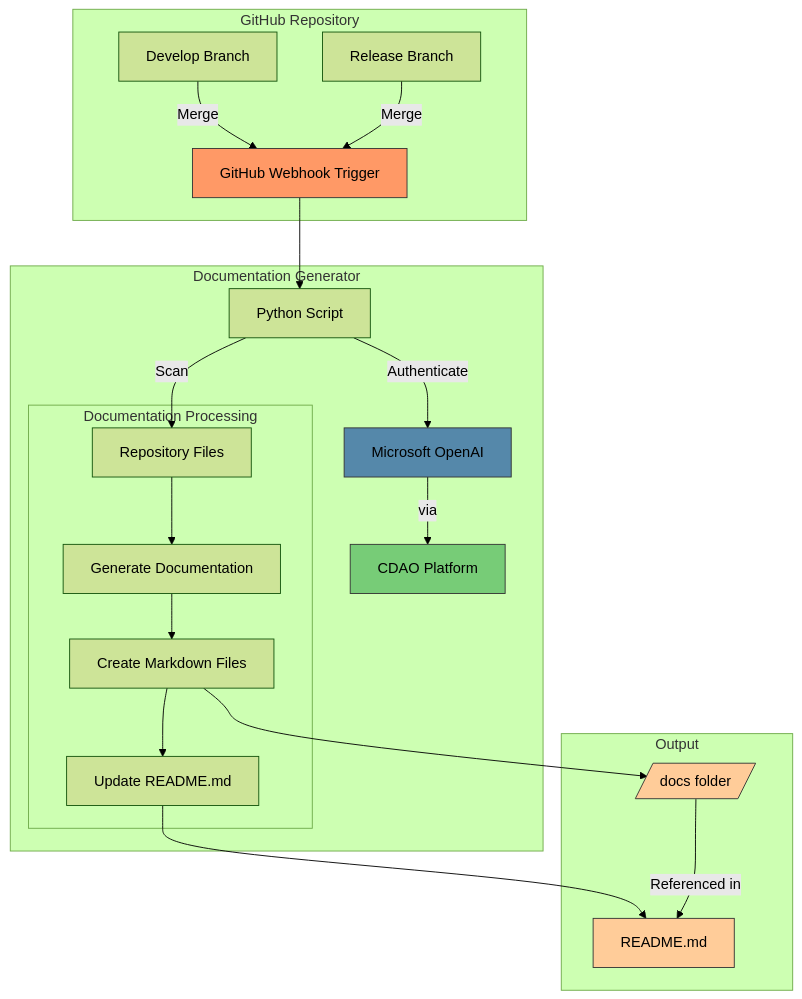
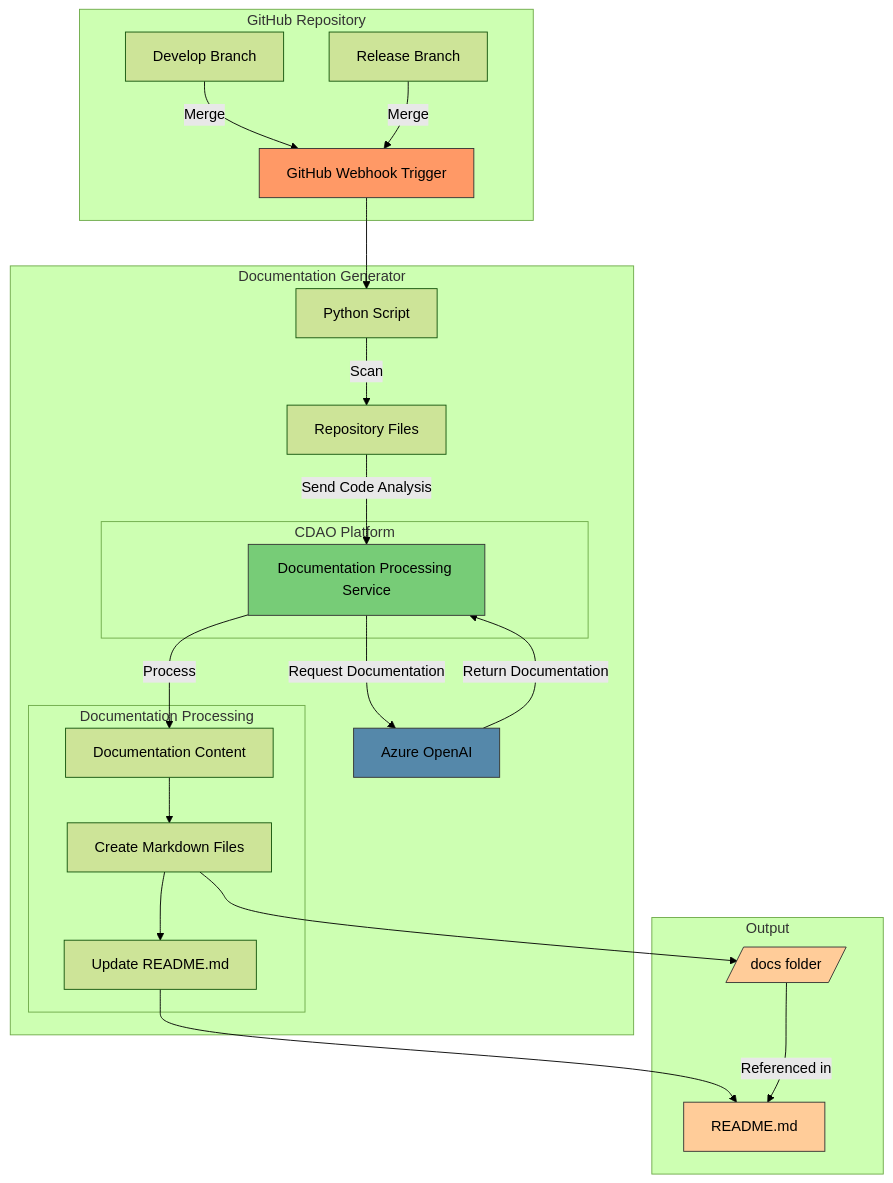
The diagram in output/test.md (MithunKiniStar/E-Commerce-Microservice-master), drawn with Mermaid (forest theme) before and after one commit. The commit also changed other lines of this file, not shown here.

````diff
--- a/output/test.md
+++ b/output/test.md
@@ -3,34 +3,41 @@
 ```mermaid
 graph TB
     subgraph "GitHub Repository"
         B1[Develop Branch] --> |Merge| T1
         B2[Release Branch] --> |Merge| T1
         T1[GitHub Webhook Trigger]
     end
 
     subgraph "Documentation Generator"
         T1 --> P1[Python Script]
-        P1 --> |Authenticate| M1[Microsoft OpenAI]
-        M1 --> |via| C1[CDAO Platform]
-        
         P1 --> |Scan| F1[Repository Files]
         
+        subgraph "CDAO Platform"
+            C1[Documentation Processing Service]
+        end
+        
+        AO[Azure OpenAI]
+        
+        F1 --> |Send Code Analysis| C1
+        C1 --> |Request Documentation| AO
+        AO --> |Return Documentation| C1
+        C1 --> |Process| D1[Documentation Content]
+        
         subgraph "Documentation Processing"
-            F1 --> D1[Generate Documentation]
             D1 --> D2[Create Markdown Files]
             D2 --> D3[Update README.md]
         end
     end
 
     subgraph "Output"
         D2 --> O1[/docs folder/]
         D3 --> O2[README.md]
         O1 --> |Referenced in| O2
     end
 
     style T1 fill:#f96,stroke:#333
-    style M1 fill:#58a,stroke:#333
     style C1 fill:#7c7,stroke:#333
+    style AO fill:#58a,stroke:#333
     style O1 fill:#fc9,stroke:#333
     style O2 fill:#fc9,stroke:#333
 ```
````
